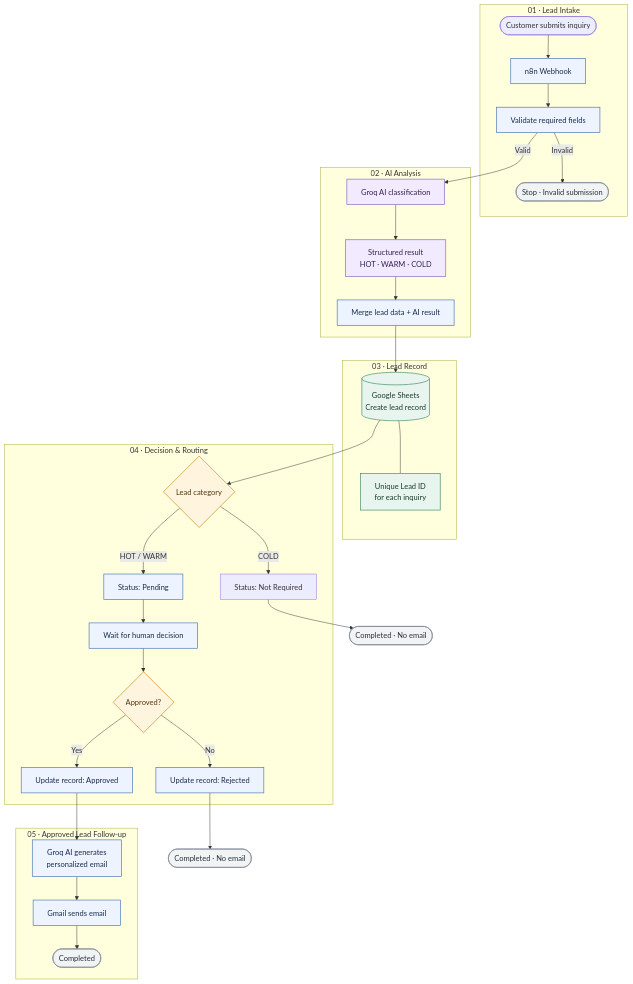
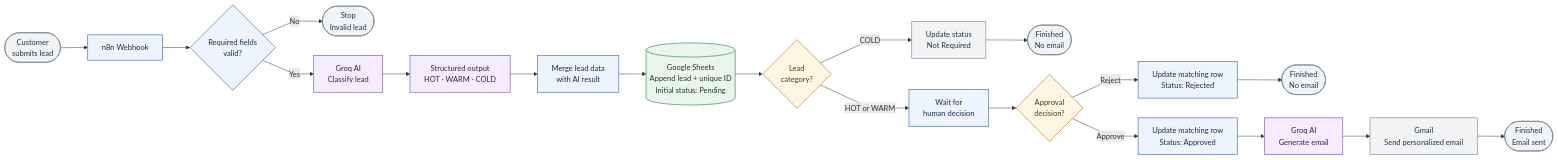
The diagram in Documentation/architecture.md (MBM305/AI-Powered-Lead-Management-System), drawn with Mermaid before and after one commit. The commit also changed other lines of this file, not shown here.

Commit message:
Simplify and clean up workflow architecture diagram

````diff
--- a/Documentation/architecture.md
+++ b/Documentation/architecture.md
@@ -7,49 +7,39 @@
 ```mermaid
-flowchart TB
-    subgraph INTAKE["01 · Lead Intake"]
-        A(["Customer submits inquiry"]) --> B["n8n Webhook"]
-        B --> C["Validate required fields"]
-        C -->|Invalid| X(["Stop · Invalid submission"])
-    end
+%%{init: {"flowchart": {"curve": "linear", "nodeSpacing": 42, "rankSpacing": 58}}}%%
+flowchart LR
+    A(["Customer<br/>submits lead"]) --> B["n8n Webhook"]
+    B --> C{"Required fields<br/>valid?"}
 
-    subgraph AI["02 · AI Analysis"]
-        C -->|Valid| D["Groq AI classification"]
-        D --> E["Structured result<br/>HOT · WARM · COLD"]
-        E --> F["Merge lead data + AI result"]
-    end
+    C -->|No| X(["Stop<br/>Invalid lead"])
+    C -->|Yes| D["Groq AI<br/>Classify lead"]
+    D --> E["Structured output<br/>HOT · WARM · COLD"]
+    E --> F["Merge lead data<br/>with AI result"]
+    F --> G[("Google Sheets<br/>Append lead + unique ID<br/>Initial status: Pending")]
+    G --> H{"Lead<br/>category?"}
 
-    subgraph DATA["03 · Lead Record"]
-        F --> G[("Google Sheets<br/>Create lead record")]
-        G --- H["Unique Lead ID<br/>for each inquiry"]
-    end
+    H -->|COLD| I["Update status<br/>Not Required"]
+    I --> J(["Finished<br/>No email"])
 
-    subgraph ROUTING["04 · Decision & Routing"]
-        G --> I{"Lead category"}
-        I -->|HOT / WARM| J["Status: Pending"]
-        I -->|COLD| K["Status: Not Required"]
-        J --> L["Wait for human decision"]
-        L --> M{"Approved?"}
-        M -->|No| N["Update record: Rejected"]
-        M -->|Yes| O["Update record: Approved"]
-    end
+    H -->|HOT or WARM| K["Wait for<br/>human decision"]
+    K --> L{"Approval<br/>decision?"}
 
-    subgraph DELIVERY["05 · Approved Lead Follow-up"]
-        O --> P["Groq AI generates<br/>personalized email"]
-        P --> Q["Gmail sends email"]
-        Q --> R(["Completed"])
-    end
+    L -->|Reject| M["Update matching row<br/>Status: Rejected"]
+    M --> N(["Finished<br/>No email"])
 
-    K --> S(["Completed · No email"])
-    N --> T(["Completed · No email"])
+    L -->|Approve| O["Update matching row<br/>Status: Approved"]
+    O --> P["Groq AI<br/>Generate email"]
+    P --> Q["Gmail<br/>Send personalized email"]
+    Q --> R(["Finished<br/>Email sent"])
 
-    classDef process fill:#eef4ff,stroke:#4776b8,color:#172b4d,stroke-width:1.4px
-    classDef ai fill:#f2eaff,stroke:#8a63c7,color:#352052,stroke-width:1.4px
-    classDef data fill:#e8f5ee,stroke:#438b65,color:#173c29,stroke-width:1.4px
-    classDef decision fill:#fff5df,stroke:#c28a2c,color:#50370d,stroke-width:1.4px
-    classDef terminal fill:#f1f3f5,stroke:#7b8794,color:#263238,stroke-width:1.2px
-    class B,C,F,J,L,O,N,P,Q process
-    class D,E ai
-    class G,H data
-    class I,M decision
-    class X,R,S,T terminal
+    classDef input fill:#edf4ff,stroke:#5279ad,color:#172b4d,stroke-width:1.5px
+    classDef ai fill:#f3edff,stroke:#8665b5,color:#35204f,stroke-width:1.5px
+    classDef storage fill:#eaf5ee,stroke:#4e8b67,color:#193c29,stroke-width:1.5px
+    classDef decision fill:#fff5e3,stroke:#c28b35,color:#50380e,stroke-width:1.5px
+    classDef outcome fill:#f1f3f5,stroke:#778391,color:#27323c,stroke-width:1.3px
+
+    class B,C,F,K,O,M input
+    class D,E,P ai
+    class G storage
+    class H,L decision
+    class A,X,J,N,R,I,Q outcome
 ```
````
